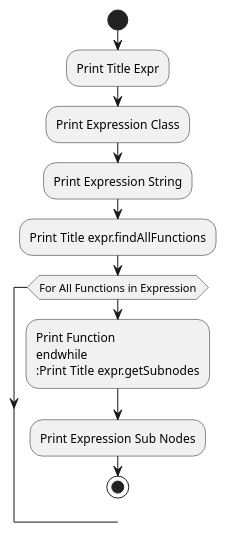
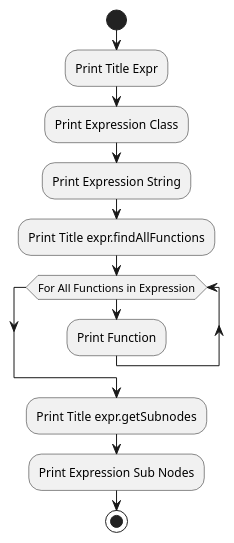
Before and after one commit to ontological-behavior-modeling/tester: the diagram in src/main/javadoc/edu/gatech/gtri/obm/translator/alloy/doc-files/AlloyUtils_printExprAndItsFunctions.puml, drawn with PlantUML. The commit also changed 14 other files, not shown here.

```diff
--- a/src/main/javadoc/edu/gatech/gtri/obm/translator/alloy/doc-files/AlloyUtils_printExprAndItsFunctions.puml
+++ b/src/main/javadoc/edu/gatech/gtri/obm/translator/alloy/doc-files/AlloyUtils_printExprAndItsFunctions.puml
@@ -1,13 +1,13 @@
 @startuml
 start
 :Print Title Expr;
 :Print Expression Class;
 :Print Expression String;
 :Print Title expr.findAllFunctions;
 while(For All Functions in Expression)
-:Print Function
+:Print Function;
 endwhile
 :Print Title expr.getSubnodes;
 :Print Expression Sub Nodes;
 stop
 @enduml
```
